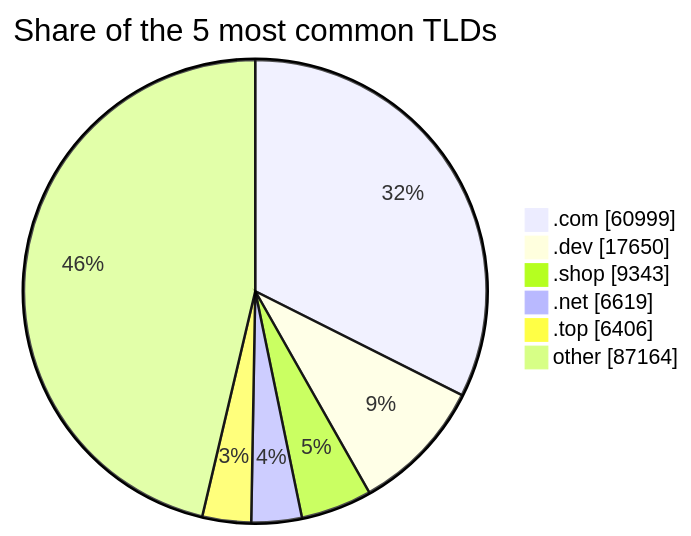
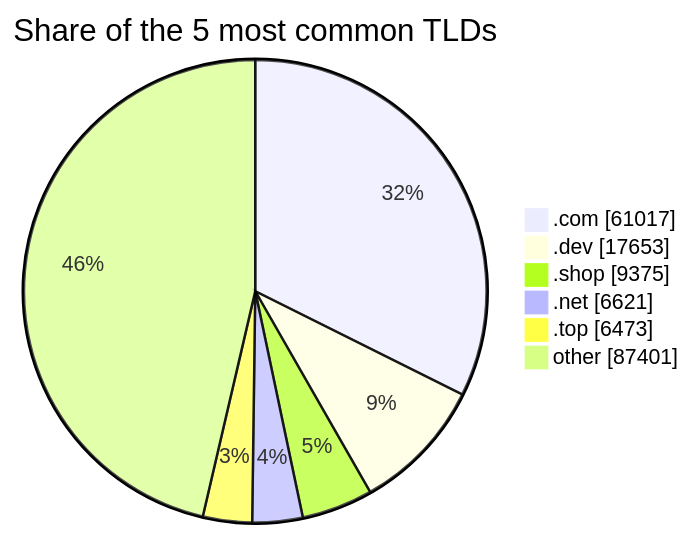
The third of 3 diagrams in README.md (DNSBunker/CTI), drawn with Mermaid before and after one commit. The commit also changed other lines of this file and 3 other files, not shown here.

````diff
--- a/README.md
+++ b/README.md
@@ -81,9 +81,9 @@
 ```mermaid
 pie showData title Share of the 5 most common TLDs
-    ".com" : 60999
-    ".dev" : 17650
-    ".shop" : 9343
-    ".net" : 6619
-    ".top" : 6406
-    "other" : 87164
+    ".com" : 61017
+    ".dev" : 17653
+    ".shop" : 9375
+    ".net" : 6621
+    ".top" : 6473
+    "other" : 87401
 ```
````
